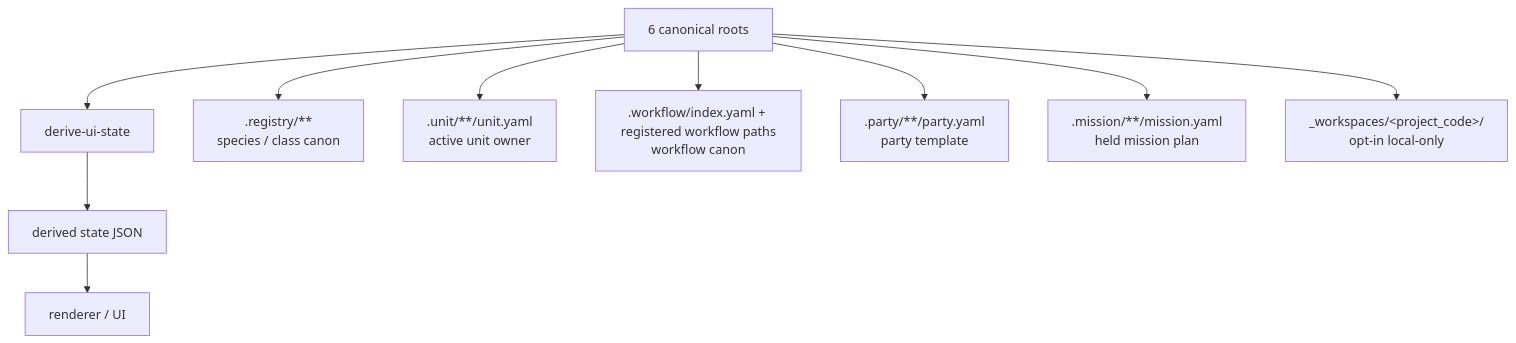
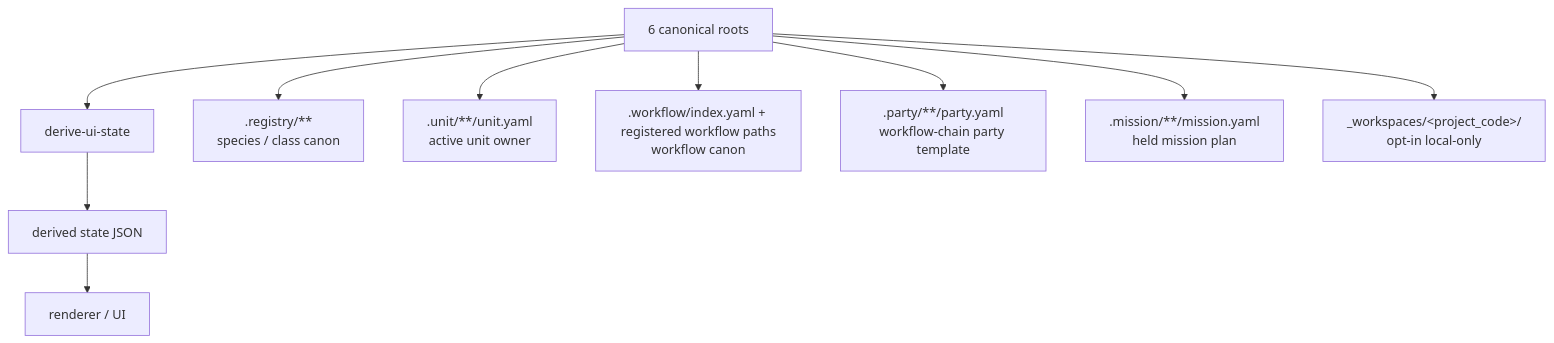
One commit to SungYongMOON/soulforge changed the diagram in docs/architecture/ui/UI_SOURCE_MAP.md. Above: the diagram before and after it, drawn with Mermaid. The commit also changed other lines of this file and 91 other files, not shown here.

````diff
--- a/docs/architecture/ui/UI_SOURCE_MAP.md
+++ b/docs/architecture/ui/UI_SOURCE_MAP.md
@@ -18,12 +18,12 @@
 ```mermaid
 flowchart TD
   SRC["6 canonical roots"] --> DR["derive-ui-state"]
   DR --> DS["derived state JSON"]
   DS --> UI["renderer / UI"]
   SRC --> A[".registry/**<br/>species / class canon"]
   SRC --> U[".unit/**/unit.yaml<br/>active unit owner"]
   SRC --> W[".workflow/index.yaml + registered workflow paths<br/>workflow canon"]
-  SRC --> P[".party/**/party.yaml<br/>party template"]
+  SRC --> P[".party/**/party.yaml<br/>workflow-chain party template"]
   SRC --> M[".mission/**/mission.yaml<br/>held mission plan"]
   SRC --> X["_workspaces/&lt;project_code&gt;/<br/>opt-in local-only"]
 ```
````
